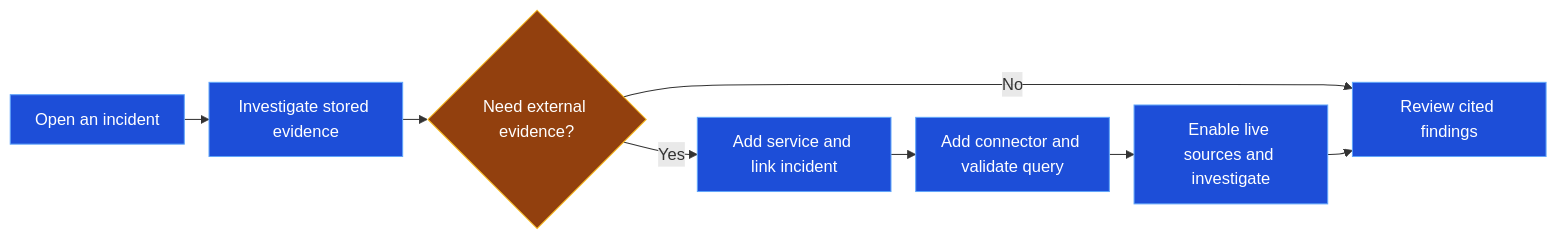
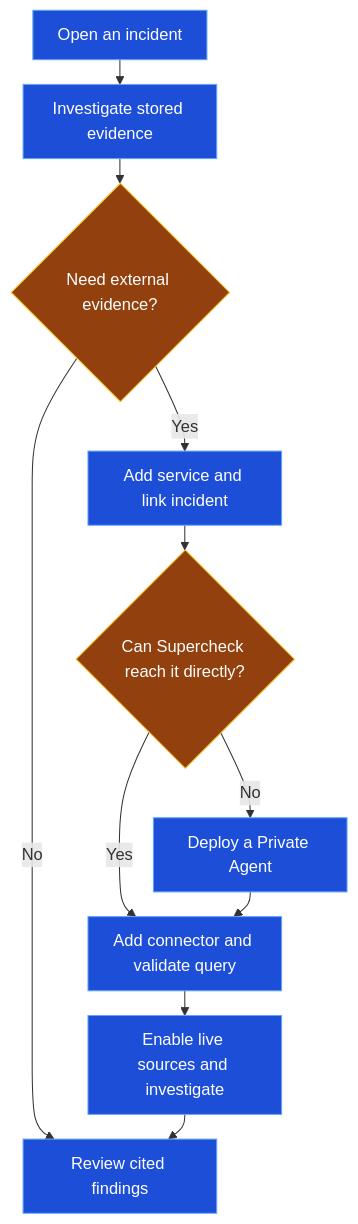
The diagram in docs/content/docs/app/admin/ai-sre-setup.mdx (supercheck-io/supercheck), drawn with Mermaid before and after one commit. The commit also changed other lines of this file and 41 other files, not shown here.

````diff
--- a/docs/content/docs/app/admin/ai-sre-setup.mdx
+++ b/docs/content/docs/app/admin/ai-sre-setup.mdx
@@ -117,16 +110,19 @@
 ```mermaid
 %%{init: {"flowchart":{"nodeSpacing":20,"rankSpacing":24,"padding":12,"wrappingWidth":140}}}%%
-flowchart LR
+flowchart TB
     Incident[Open an incident] --> Native[Investigate stored evidence]
     Native --> Need{Need external evidence?}
-    Need -->|No|Review[Review cited findings]
-    Need -->|Yes|Services[Add service and link incident]
-    Services --> Connectors[Add connector and validate query]
+    Need -->|No| Review[Review cited findings]
+    Need -->|Yes| Services[Add service and link incident]
+    Services --> Reach{Can Supercheck reach it directly?}
+    Reach -->|No| Agent[Deploy a Private Agent]
+    Reach -->|Yes| Connectors[Add connector and validate query]
+    Agent --> Connectors
     Connectors --> Live[Enable live sources and investigate]
     Live --> Review
 
     classDef action fill:#1d4ed8,stroke:#60a5fa,color:#fff
     classDef decision fill:#92400e,stroke:#fbbf24,color:#fff
-    class Incident,Native,Services,Connectors,Live,Review action
-    class Need decision
+    class Incident,Native,Services,Agent,Connectors,Live,Review action
+    class Need,Reach decision
 ```
````
